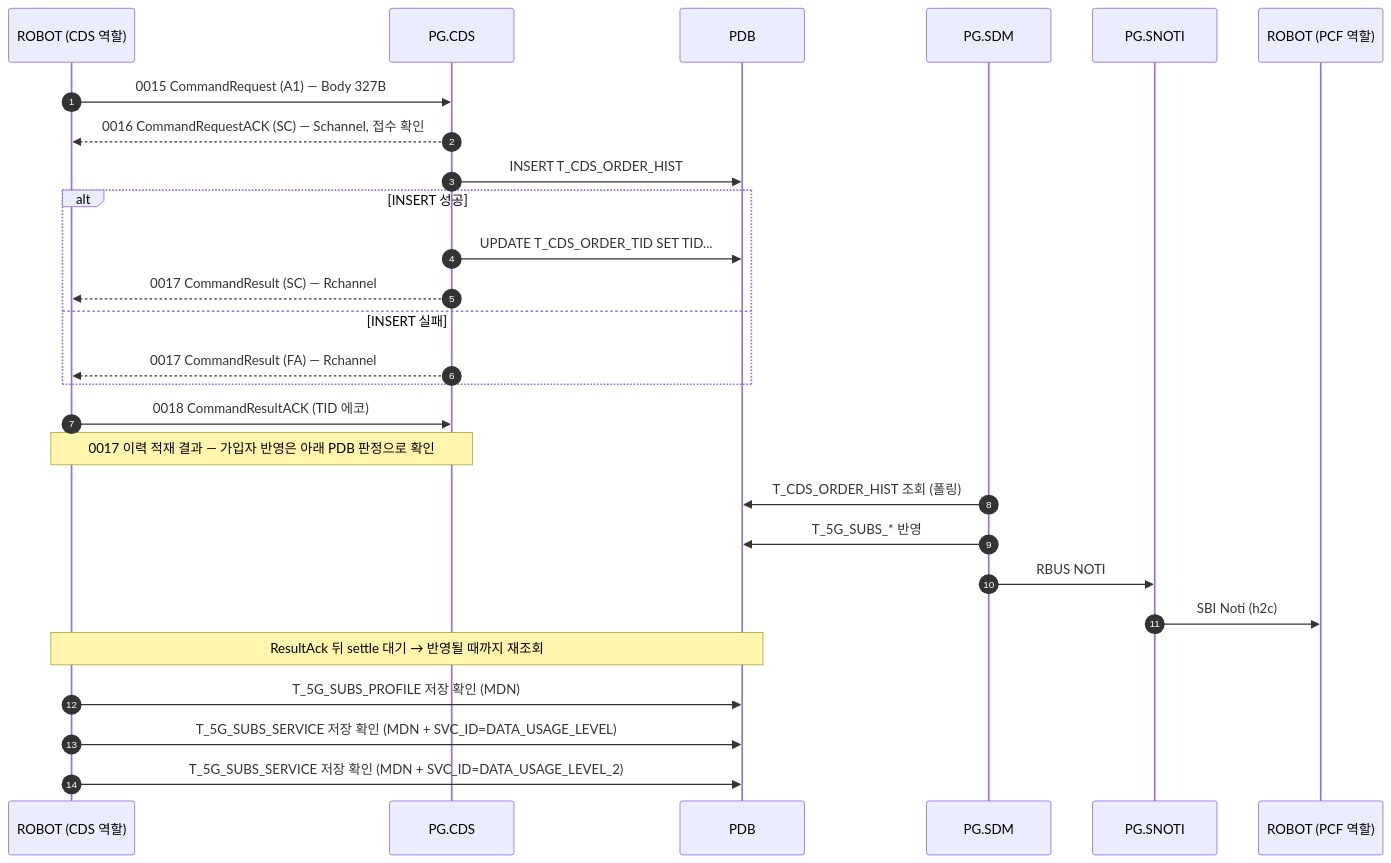
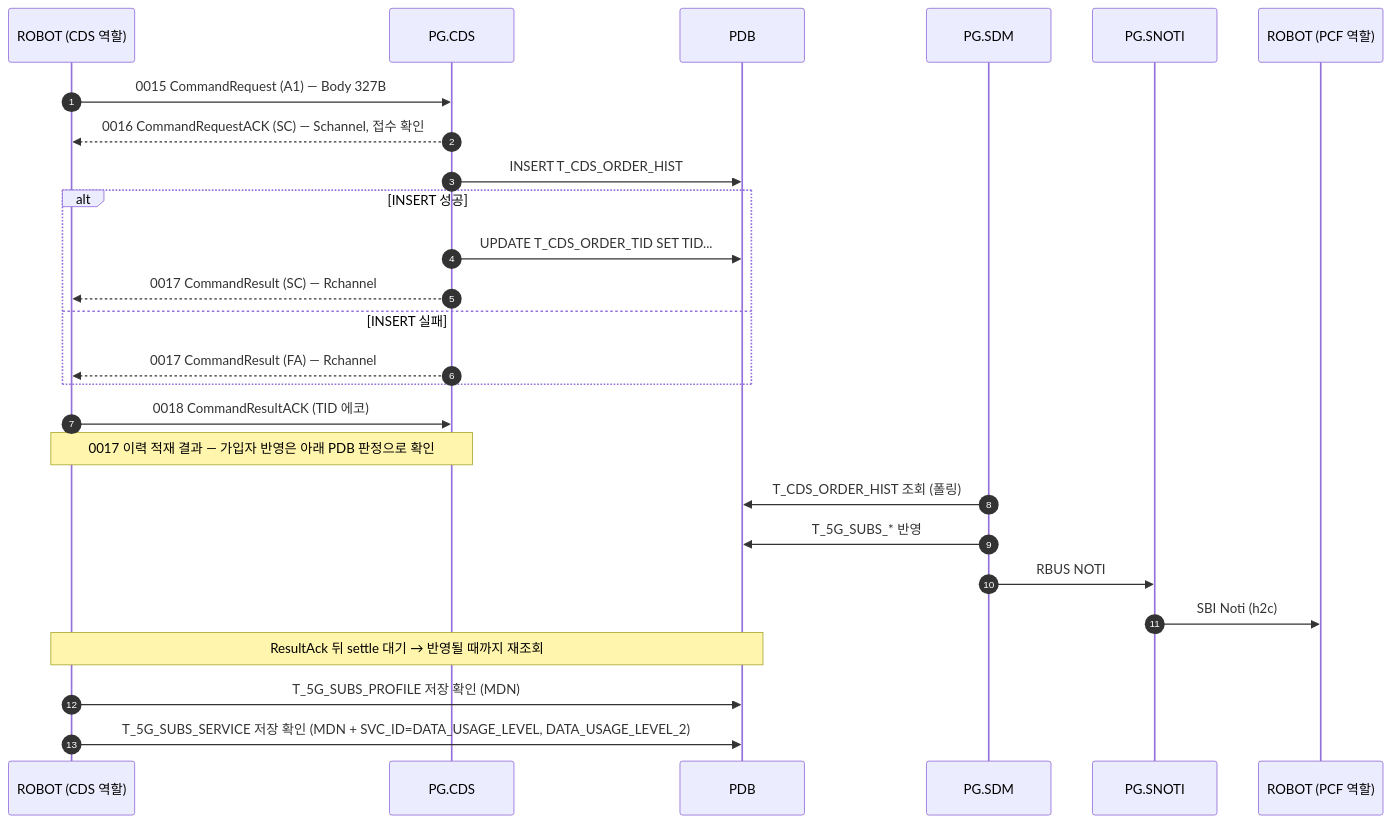
One commit to IanKim2030/tc4robot changed the diagram in docs/callflow/CDS_A1.md. Above: the diagram before and after it, drawn with Mermaid. The commit also changed 1 other file, not shown here.

Commit message:
docs: A1 의 SERVICE 저장 확인 두 줄을 한 줄로
13·14 가 같은 표(T_5G_SUBS_SERVICE)를 SVC_ID 만 바꿔 보는 것이라 화살표를 합쳤다.

    TOOL->>PDB: T_5G_SUBS_SERVICE 저장 확인 (MDN + SVC_ID=DATA_USAGE_LEVEL, DATA_USAGE_LEVEL_2)

A1 다이어그램은 14 → 13단계가 됐다.

★ **슈트는 여전히 두 번 조회한다.** 화살표만 합친 것이라, 아래 "판정 기준" 절에는
  두 줄이 그대로 남아 있다(각각 1건이어야 성공).

※ 다른 코드의 여러 줄짜리 판정은 합치지 않았다 — Z1(PROFILE/SERVICE),
  K1·K5·Y9(SERVICE/RESERVED_JOB)는 **표가 서로 달라** 한 줄로 묶으면 무엇을
  보는지가 사라진다. 같은 표를 두 번 보는 것은 A1 뿐이다.

[검증] mermaid 21블록 파싱 문제 0건.

````diff
--- a/docs/callflow/CDS_A1.md
+++ b/docs/callflow/CDS_A1.md
@@ -17,31 +17,30 @@
 ```mermaid
 sequenceDiagram
     autonumber
     participant TOOL as ROBOT (CDS 역할)
     participant PCDS as PG.CDS
     participant PDB as PDB
     participant SDM as PG.SDM
     participant SNOTI as PG.SNOTI
     participant PCF as ROBOT (PCF 역할)
 
     TOOL->>PCDS: 0015 CommandRequest (A1) — Body 327B
     PCDS-->>TOOL: 0016 CommandRequestACK (SC) — Schannel, 접수 확인
     PCDS->>PDB: INSERT T_CDS_ORDER_HIST
     alt INSERT 성공
         PCDS->>PDB: UPDATE T_CDS_ORDER_TID SET TID...
         PCDS-->>TOOL: 0017 CommandResult (SC) — Rchannel
     else INSERT 실패
         PCDS-->>TOOL: 0017 CommandResult (FA) — Rchannel
     end
     TOOL->>PCDS: 0018 CommandResultACK (TID 에코)
     Note over TOOL,PCDS: 0017 이력 적재 결과 — 가입자 반영은 아래 PDB 판정으로 확인
 
     SDM->>PDB: T_CDS_ORDER_HIST 조회 (폴링)
     SDM->>PDB: T_5G_SUBS_* 반영
     SDM->>SNOTI: RBUS NOTI
     SNOTI->>PCF: SBI Noti (h2c)
     Note over TOOL,PDB: ResultAck 뒤 settle 대기 → 반영될 때까지 재조회
     TOOL->>PDB: T_5G_SUBS_PROFILE 저장 확인 (MDN)
-    TOOL->>PDB: T_5G_SUBS_SERVICE 저장 확인 (MDN + SVC_ID=DATA_USAGE_LEVEL)
-    TOOL->>PDB: T_5G_SUBS_SERVICE 저장 확인 (MDN + SVC_ID=DATA_USAGE_LEVEL_2)
+    TOOL->>PDB: T_5G_SUBS_SERVICE 저장 확인 (MDN + SVC_ID=DATA_USAGE_LEVEL, DATA_USAGE_LEVEL_2)
 ```
````
